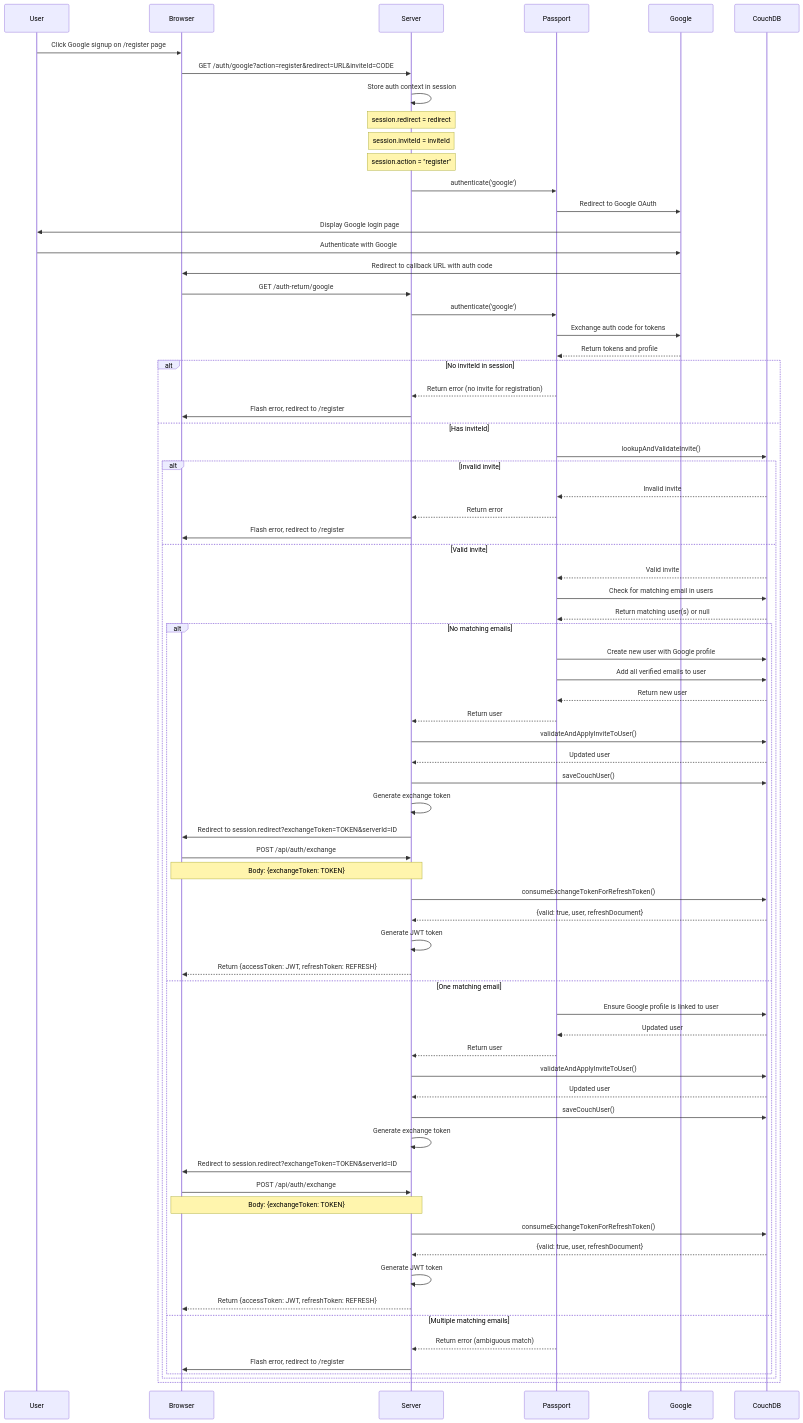
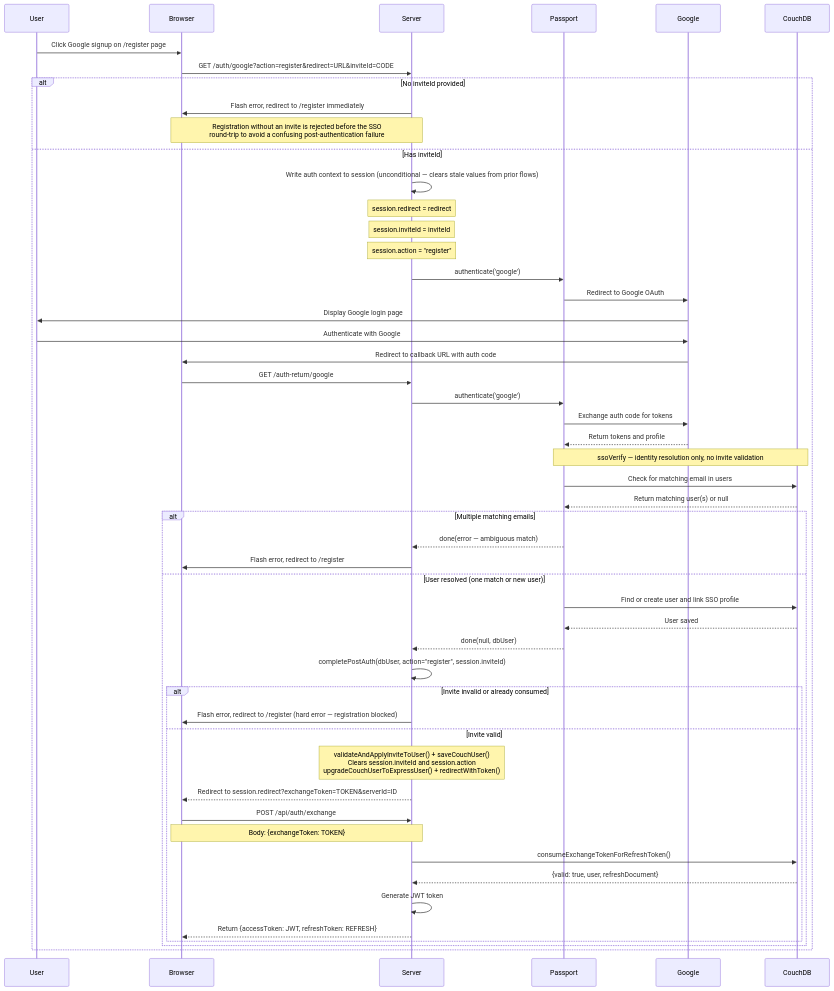
Before and after one commit to FAIMS/FAIMS3: the fifth of 5 diagrams in docs/developer/docs/source/markdown/Authorisation/PassportAuth.md, drawn with Mermaid. The commit also changed other lines of this file and 1 other file, not shown here.

Commit message:
update developer docs for auth changes

```diff
--- a/docs/developer/docs/source/markdown/Authorisation/PassportAuth.md
+++ b/docs/developer/docs/source/markdown/Authorisation/PassportAuth.md
@@ -320,48 +362,44 @@
     User->>Browser: Click Google signup on /register page
     Browser->>Server: GET /auth/google?action=register&redirect=URL&inviteId=CODE
 
-    Server->>Server: Store auth context in session
-    Note over Server: session.redirect = redirect
-    Note over Server: session.inviteId = inviteId
-    Note over Server: session.action = "register"
+    alt No inviteId provided
+        Server->>Browser: Flash error, redirect to /register immediately
+        Note over Server,Browser: Registration without an invite is rejected before the SSO<br/>round-trip to avoid a confusing post-authentication failure
+    else Has inviteId
+        Server->>Server: Write auth context to session (unconditional — clears stale values from prior flows)
+        Note over Server: session.redirect = redirect
+        Note over Server: session.inviteId = inviteId
+        Note over Server: session.action = "register"
 
-    Server->>Passport: authenticate('google')
-    Passport->>Google: Redirect to Google OAuth
-    Google->>User: Display Google login page
-    User->>Google: Authenticate with Google
-    Google->>Browser: Redirect to callback URL with auth code
+        Server->>Passport: authenticate('google')
+        Passport->>Google: Redirect to Google OAuth
+        Google->>User: Display Google login page
+        User->>Google: Authenticate with Google
+        Google->>Browser: Redirect to callback URL with auth code
 
-    Browser->>Server: GET /auth-return/google
-    Server->>Passport: authenticate('google')
-    Passport->>Google: Exchange auth code for tokens
-    Google-->>Passport: Return tokens and profile
+        Browser->>Server: GET /auth-return/google
+        Server->>Passport: authenticate('google')
+        Passport->>Google: Exchange auth code for tokens
+        Google-->>Passport: Return tokens and profile
 
-    alt No inviteId in session
-        Passport-->>Server: Return error (no invite for registration)
-        Server->>Browser: Flash error, redirect to /register
-    else Has inviteId
-        Passport->>CouchDB: lookupAndValidateInvite()
+        Note over Passport,CouchDB: ssoVerify — identity resolution only, no invite validation
+        Passport->>CouchDB: Check for matching email in users
+        CouchDB-->>Passport: Return matching user(s) or null
 
-        alt Invalid invite
-            CouchDB-->>Passport: Invalid invite
-            Passport-->>Server: Return error
+        alt Multiple matching emails
+            Passport-->>Server: done(error — ambiguous match)
             Server->>Browser: Flash error, redirect to /register
-        else Valid invite
-            CouchDB-->>Passport: Valid invite
-            Passport->>CouchDB: Check for matching email in users
-            CouchDB-->>Passport: Return matching user(s) or null
+        else User resolved (one match or new user)
+            Passport->>CouchDB: Find or create user and link SSO profile
+            CouchDB-->>Passport: User saved
+            Passport-->>Server: done(null, dbUser)
 
-            alt No matching emails
-                Passport->>CouchDB: Create new user with Google profile
-                Passport->>CouchDB: Add all verified emails to user
-                CouchDB-->>Passport: Return new user
-                Passport-->>Server: Return user
-
-                Server->>CouchDB: validateAndApplyInviteToUser()
-                CouchDB-->>Server: Updated user
-                Server->>CouchDB: saveCouchUser()
-                Server->>Server: Generate exchange token
-                Server->>Browser: Redirect to session.redirect?exchangeToken=TOKEN&serverId=ID
+            Server->>Server: completePostAuth(dbUser, action="register", session.inviteId)
+            alt Invite invalid or already consumed
+                Server->>Browser: Flash error, redirect to /register (hard error — registration blocked)
+            else Invite valid
+                Note over Server: validateAndApplyInviteToUser() + saveCouchUser()<br/>Clears session.inviteId and session.action<br/>upgradeCouchUserToExpressUser() + redirectWithToken()
+                Server-->>Browser: Redirect to session.redirect?exchangeToken=TOKEN&serverId=ID
 
                 Browser->>Server: POST /api/auth/exchange
                 Note over Browser,Server: Body: {exchangeToken: TOKEN}
@@ -371,28 +409,6 @@
 
                 Server->>Server: Generate JWT token
                 Server-->>Browser: Return {accessToken: JWT, refreshToken: REFRESH}
-            else One matching email
-                Passport->>CouchDB: Ensure Google profile is linked to user
-                CouchDB-->>Passport: Updated user
-                Passport-->>Server: Return user
-
-                Server->>CouchDB: validateAndApplyInviteToUser()
-                CouchDB-->>Server: Updated user
-                Server->>CouchDB: saveCouchUser()
-                Server->>Server: Generate exchange token
-                Server->>Browser: Redirect to session.redirect?exchangeToken=TOKEN&serverId=ID
-
-                Browser->>Server: POST /api/auth/exchange
-                Note over Browser,Server: Body: {exchangeToken: TOKEN}
-
-                Server->>CouchDB: consumeExchangeTokenForRefreshToken()
-                CouchDB-->>Server: {valid: true, user, refreshDocument}
-
-                Server->>Server: Generate JWT token
-                Server-->>Browser: Return {accessToken: JWT, refreshToken: REFRESH}
-            else Multiple matching emails
-                Passport-->>Server: Return error (ambiguous match)
-                Server->>Browser: Flash error, redirect to /register
             end
         end
     end
```
